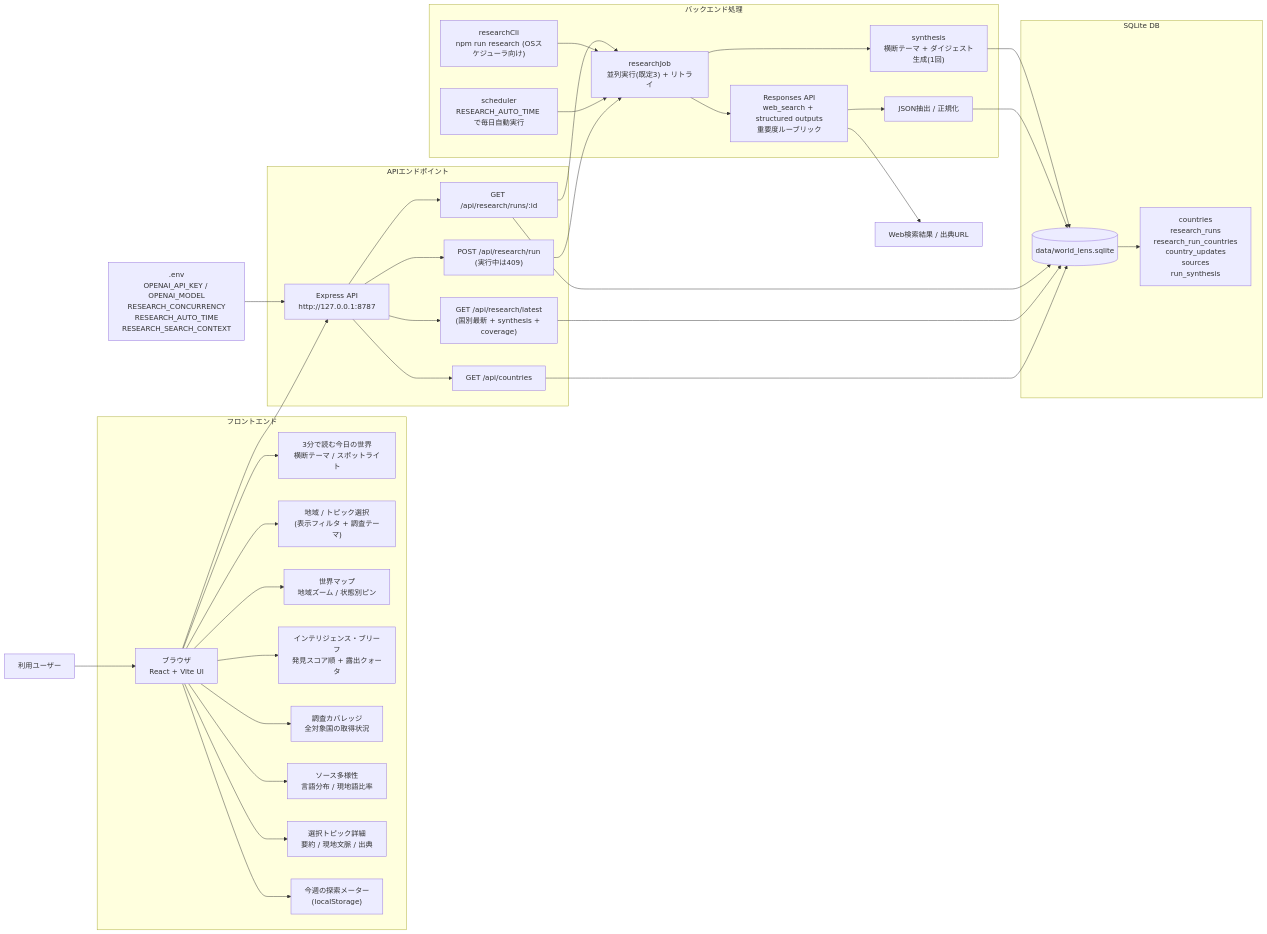
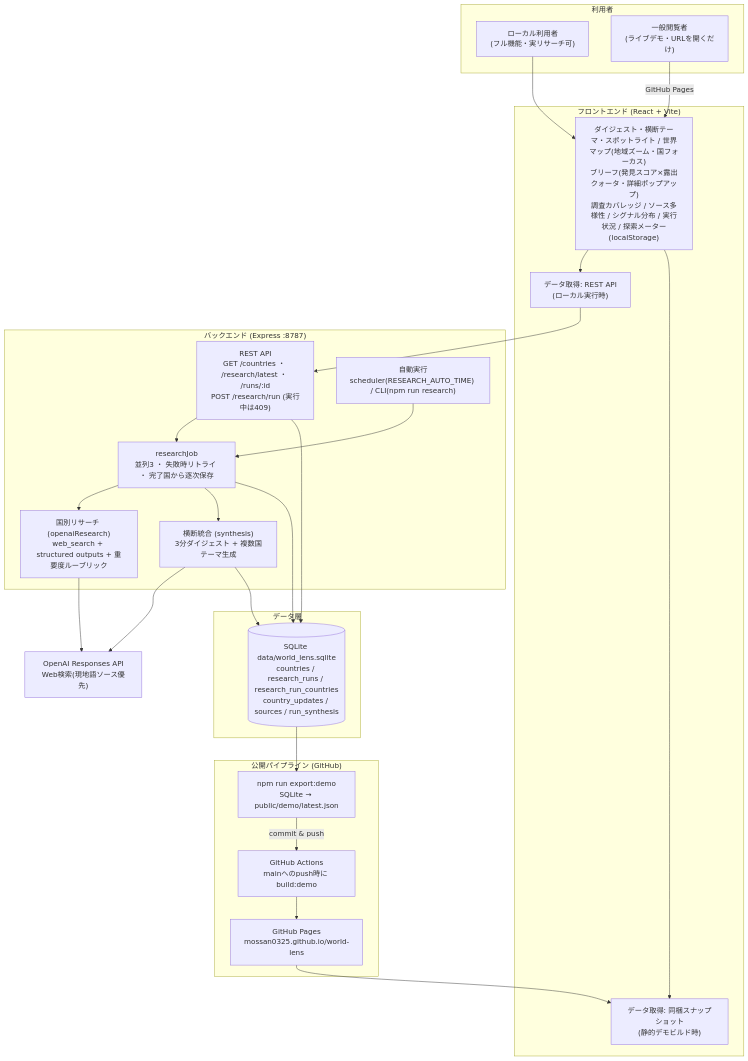
The diagram in SYSTEM_DIAGRAM.md (mossan0325/world-lens), drawn with Mermaid before and after one commit. The commit also changed other lines of this file, not shown here.

Commit message:
Update system diagram with static demo pipeline
静的デモ(GitHub Pages)の配信経路、並列リサーチ、横断統合、
偏り是正の仕組みを含む最新構成に更新。

````diff
--- a/SYSTEM_DIAGRAM.md
+++ b/SYSTEM_DIAGRAM.md
@@ -3,47 +3,53 @@
 ```mermaid
-flowchart LR
-  user["利用ユーザー"] --> browser["ブラウザ<br/>React + Vite UI"]
-
-  subgraph ui["フロントエンド"]
-    browser --> digest["3分で読む今日の世界<br/>横断テーマ / スポットライト"]
-    browser --> controls["地域 / トピック選択<br/>(表示フィルタ + 調査テーマ)"]
-    browser --> map["世界マップ<br/>地域ズーム / 状態別ピン"]
-    browser --> brief["インテリジェンス・ブリーフ<br/>発見スコア順 + 露出クォータ"]
-    browser --> coverage["調査カバレッジ<br/>全対象国の取得状況"]
-    browser --> diversity["ソース多様性<br/>言語分布 / 現地語比率"]
-    browser --> detail["選択トピック詳細<br/>要約 / 現地文脈 / 出典"]
-    browser --> meter["今週の探索メーター<br/>(localStorage)"]
+flowchart TB
+  subgraph clients["利用者"]
+    localUser["ローカル利用者<br/>(フル機能・実リサーチ可)"]
+    visitor["一般閲覧者<br/>(ライブデモ・URLを開くだけ)"]
   end
 
-  browser --> api["Express API<br/>http://127.0.0.1:8787"]
-
-  subgraph endpoints["APIエンドポイント"]
-    api --> countries["GET /api/countries"]
-    api --> latest["GET /api/research/latest<br/>(国別最新 + synthesis + coverage)"]
-    api --> run["POST /api/research/run<br/>(実行中は409)"]
-    api --> status["GET /api/research/runs/:id"]
+  subgraph ui["フロントエンド (React + Vite)"]
+    features["ダイジェスト・横断テーマ・スポットライト / 世界マップ(地域ズーム・国フォーカス)<br/>ブリーフ(発見スコア×露出クォータ・詳細ポップアップ)<br/>調査カバレッジ / ソース多様性 / シグナル分布 / 実行状況 / 探索メーター(localStorage)"]
+    apiFetch["データ取得: REST API<br/>(ローカル実行時)"]
+    snapshotFetch["データ取得: 同梱スナップショット<br/>(静的デモビルド時)"]
   end
 
-  subgraph backend["バックエンド処理"]
-    run --> job["researchJob<br/>並列実行(既定3) + リトライ"]
-    scheduler["scheduler<br/>RESEARCH_AUTO_TIME で毎日自動実行"] --> job
-    cli["researchCli<br/>npm run research (OSスケジューラ向け)"] --> job
-    status --> job
-    job --> research["Responses API<br/>web_search + structured outputs<br/>重要度ルーブリック"]
-    research --> parser["JSON抽出 / 正規化"]
-    job --> synthesis["synthesis<br/>横断テーマ + ダイジェスト生成(1回)"]
+  localUser --> features
+  visitor -->|"GitHub Pages"| features
+  features --> apiFetch
+  features --> snapshotFetch
+
+  subgraph backend["バックエンド (Express :8787)"]
+    api["REST API<br/>GET /countries ・ /research/latest ・ /runs/:id<br/>POST /research/run (実行中は409)"]
+    auto["自動実行<br/>scheduler(RESEARCH_AUTO_TIME) / CLI(npm run research)"]
+    job["researchJob<br/>並列3 ・ 失敗時リトライ ・ 完了国から逐次保存"]
+    research["国別リサーチ (openaiResearch)<br/>web_search + structured outputs + 重要度ルーブリック"]
+    synthesis["横断統合 (synthesis)<br/>3分ダイジェスト + 複数国テーマ生成"]
   end
 
-  subgraph storage["SQLite DB"]
-    db[("data/world_lens.sqlite")]
-    countries --> db
-    latest --> db
-    status --> db
-    parser --> db
-    synthesis --> db
-    db --> tables["countries<br/>research_runs<br/>research_run_countries<br/>country_updates<br/>sources<br/>run_synthesis"]
+  apiFetch --> api
+  api --> job
+  auto --> job
+  job --> research
+  job --> synthesis
+  research --> openai["OpenAI Responses API<br/>Web検索(現地語ソース優先)"]
+  synthesis --> openai
+
+  subgraph storage["データ層"]
+    db[("SQLite data/world_lens.sqlite<br/>countries / research_runs / research_run_countries<br/>country_updates / sources / run_synthesis")]
   end
 
-  env[".env<br/>OPENAI_API_KEY / OPENAI_MODEL<br/>RESEARCH_CONCURRENCY<br/>RESEARCH_AUTO_TIME<br/>RESEARCH_SEARCH_CONTEXT"] --> api
-  research --> web["Web検索結果 / 出典URL"]
+  api --> db
+  job --> db
+  synthesis --> db
+
+  subgraph publish["公開パイプライン (GitHub)"]
+    export["npm run export:demo<br/>SQLite → public/demo/latest.json"]
+    actions["GitHub Actions<br/>mainへのpush時に build:demo"]
+    pages["GitHub Pages<br/>mossan0325.github.io/world-lens"]
+  end
+
+  db --> export
+  export -->|"commit & push"| actions
+  actions --> pages
+  pages --> snapshotFetch
 ```
````
